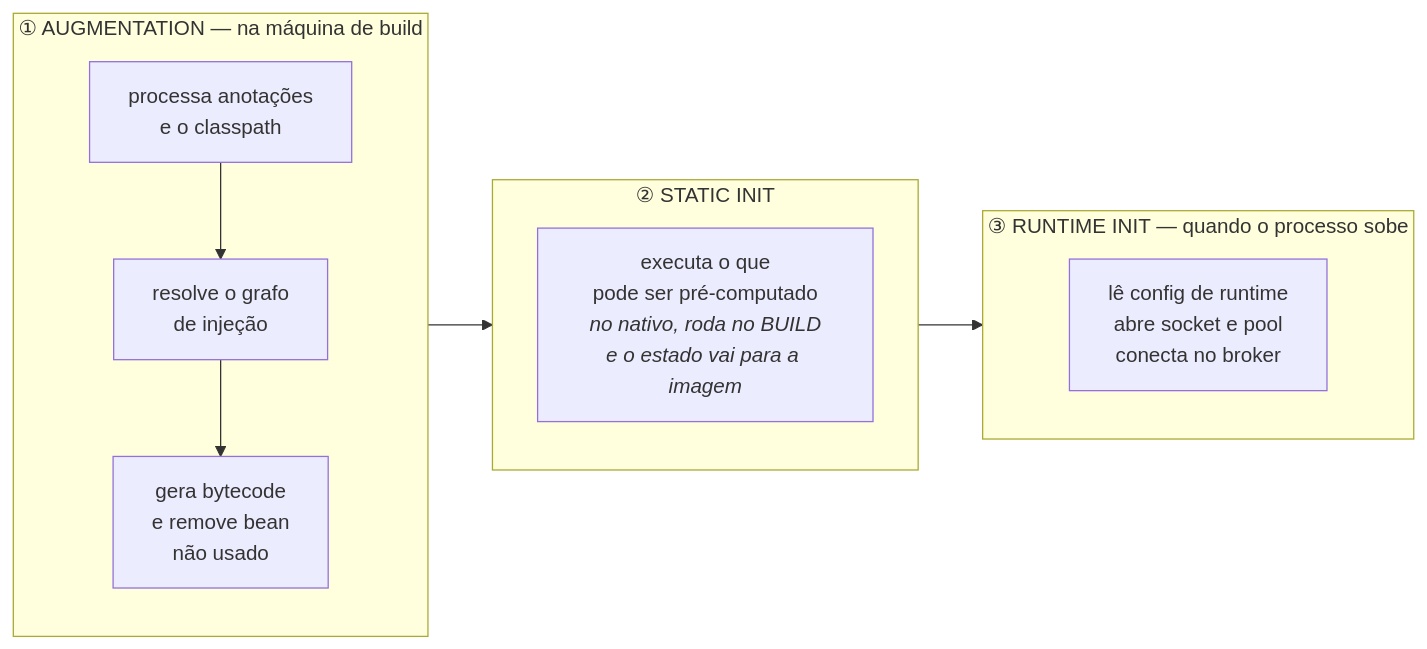
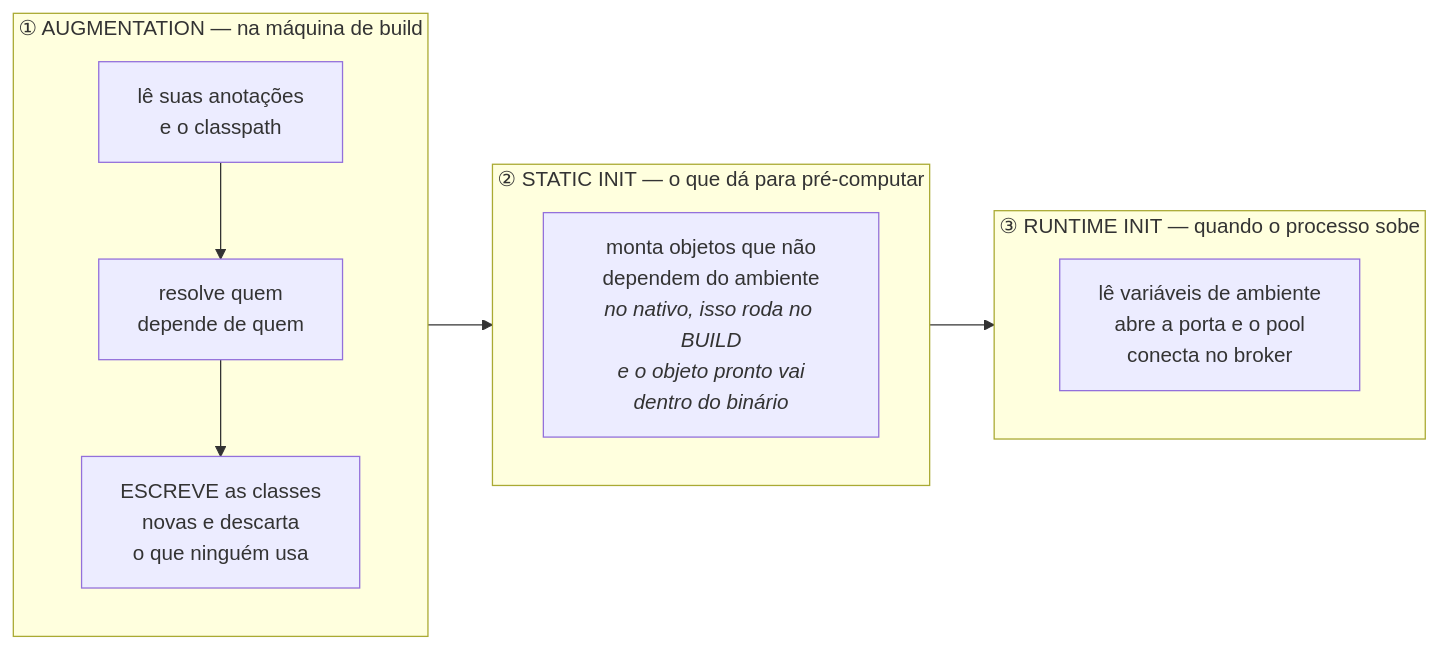
One commit to Gaalfp/pos-fiap-notes changed the first of 8 diagrams in quarkus/i-como-funciona.md. Above: the diagram before and after it, drawn with Mermaid. The commit also changed other lines of this file and 1 other file, not shown here.

Commit message:
Quarkus: abre o vocabulário das seções 1 a 3 do capítulo I

````diff
--- a/quarkus/i-como-funciona.md
+++ b/quarkus/i-como-funciona.md
@@ -9,13 +49,13 @@
 ```mermaid
 flowchart LR
     subgraph B["① AUGMENTATION — na máquina de build"]
-        B1["processa anotações<br/>e o classpath"] --> B2["resolve o grafo<br/>de injeção"] --> B3["gera bytecode<br/>e remove bean<br/>não usado"]
+        B1["lê suas anotações<br/>e o classpath"] --> B2["resolve quem<br/>depende de quem"] --> B3["ESCREVE as classes<br/>novas e descarta<br/>o que ninguém usa"]
     end
-    subgraph S["② STATIC INIT"]
-        S1["executa o que<br/>pode ser pré-computado<br/><i>no nativo, roda no BUILD<br/>e o estado vai para a imagem</i>"]
+    subgraph S["② STATIC INIT — o que dá para pré-computar"]
+        S1["monta objetos que não<br/>dependem do ambiente<br/><i>no nativo, isso roda no BUILD<br/>e o objeto pronto vai<br/>dentro do binário</i>"]
     end
     subgraph R["③ RUNTIME INIT — quando o processo sobe"]
-        R1["lê config de runtime<br/>abre socket e pool<br/>conecta no broker"]
+        R1["lê variáveis de ambiente<br/>abre a porta e o pool<br/>conecta no broker"]
     end
     B --> S --> R
 ```
````
